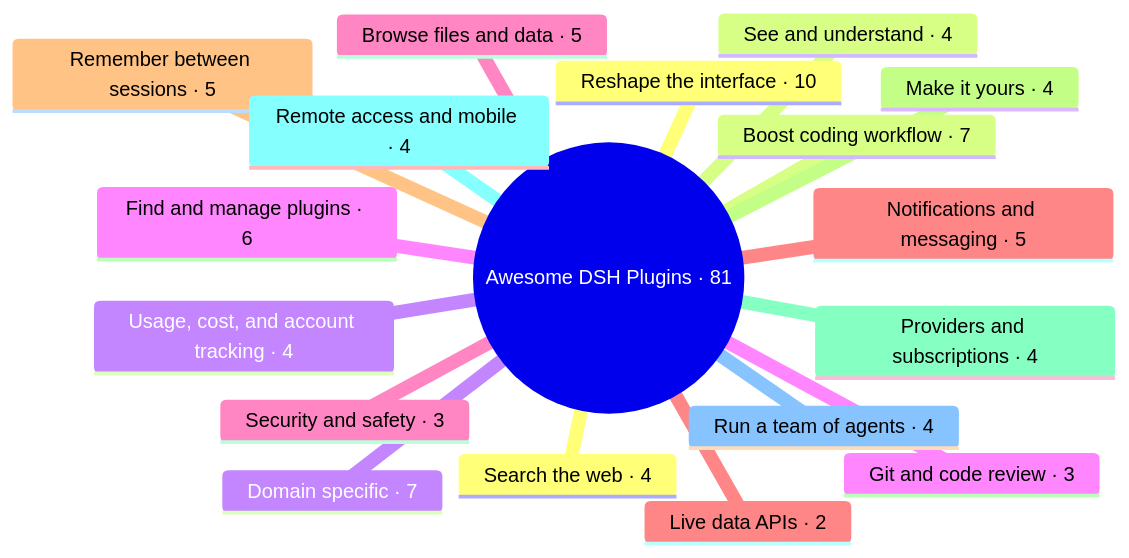
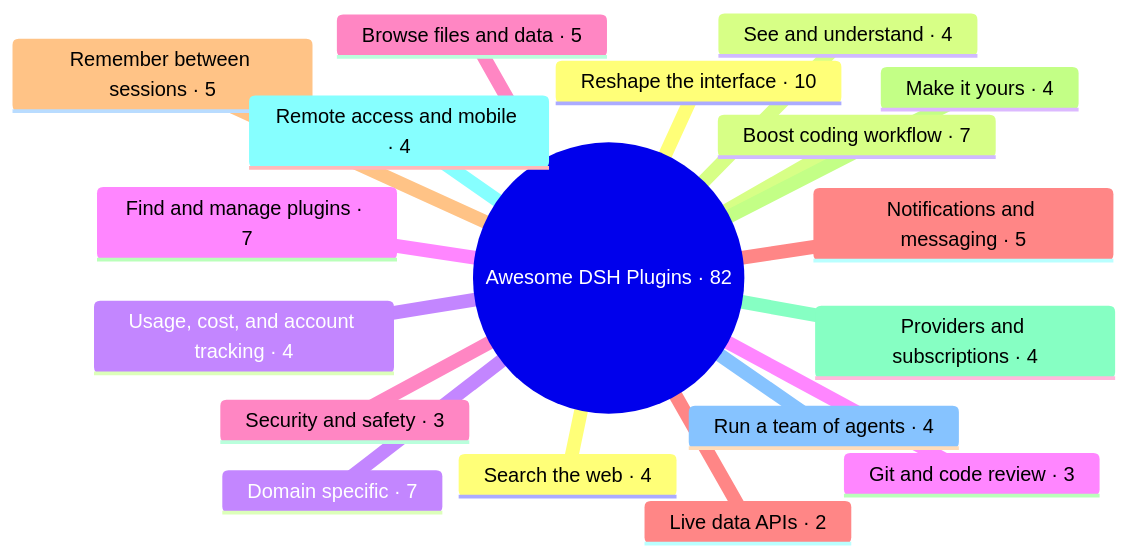
The first of 2 diagrams in README.md (ZeroPointRepo/awesome-dsh-plugins), drawn with Mermaid before and after one commit. The commit also changed other lines of this file, not shown here.

Commit message:
docs: add dsh-version-guard for plugin configuration recovery

````diff
--- a/README.md
+++ b/README.md
@@ -62,21 +62,21 @@
 ```mermaid
 mindmap
-  root((Awesome DSH Plugins · 81))
+  root((Awesome DSH Plugins · 82))
     Reshape the interface · 10
     Boost coding workflow · 7
     Domain specific · 7
-    Find and manage plugins · 6
+    Find and manage plugins · 7
     Browse files and data · 5
     Notifications and messaging · 5
     Remember between sessions · 5
     Make it yours · 4
     Providers and subscriptions · 4
     Remote access and mobile · 4
     Run a team of agents · 4
     Search the web · 4
     See and understand · 4
     Usage, cost, and account tracking · 4
     Git and code review · 3
     Security and safety · 3
     Live data APIs · 2
 ```
````
